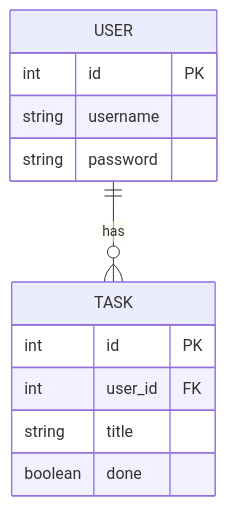
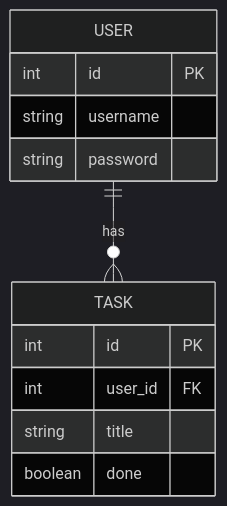
The diagram in README.md (youssefaltai/task50), drawn with Mermaid before and after one commit.

Commit message:
Use dark mode for mermaid

````diff
--- a/README.md
+++ b/README.md
@@ -114,20 +114,20 @@
 ```mermaid
 %%{init:{
-  'theme': 'default'
+  'theme': 'dark'
 }}%%
 erDiagram
   USER ||--o{ TASK : has
 
   USER {
     int id PK
     string username
     string password
   }
 
   TASK {
     int id PK
     int user_id FK
     string title
     boolean done
   }
 ```
````
